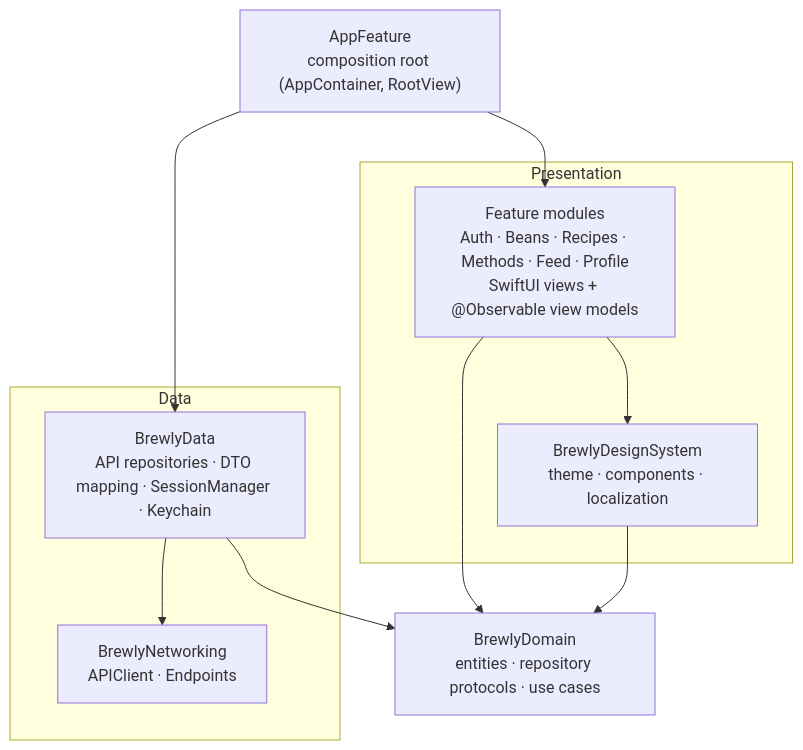
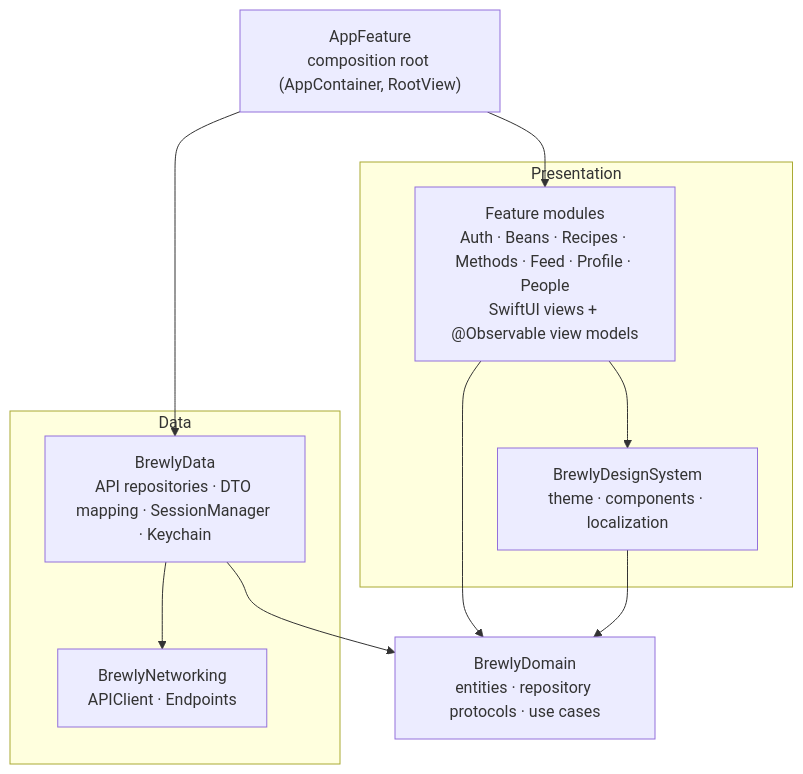
One commit to CamiloA-17/brewly changed the second of 4 diagrams in docs/architecture.md. Above: the diagram before and after it, drawn with Mermaid. The commit also changed other lines of this file and 51 other files, not shown here.

````diff
--- a/docs/architecture.md
+++ b/docs/architecture.md
@@ -56,21 +56,21 @@
 ```mermaid
 flowchart TD
     subgraph Presentation
-        Features["Feature modules<br/>Auth · Beans · Recipes · Methods · Feed · Profile<br/>SwiftUI views + @Observable view models"]
+        Features["Feature modules<br/>Auth · Beans · Recipes · Methods · Feed · Profile · People<br/>SwiftUI views + @Observable view models"]
         DS["BrewlyDesignSystem<br/>theme · components · localization"]
     end
     Domain["BrewlyDomain<br/>entities · repository protocols · use cases"]
     subgraph Data
         DataLayer["BrewlyData<br/>API repositories · DTO mapping · SessionManager · Keychain"]
         Net["BrewlyNetworking<br/>APIClient · Endpoints"]
     end
     AppFeature["AppFeature<br/>composition root (AppContainer, RootView)"]
 
     Features --> Domain
     Features --> DS
     DS --> Domain
     DataLayer --> Domain
     DataLayer --> Net
     AppFeature --> Features
     AppFeature --> DataLayer
 ```
````
